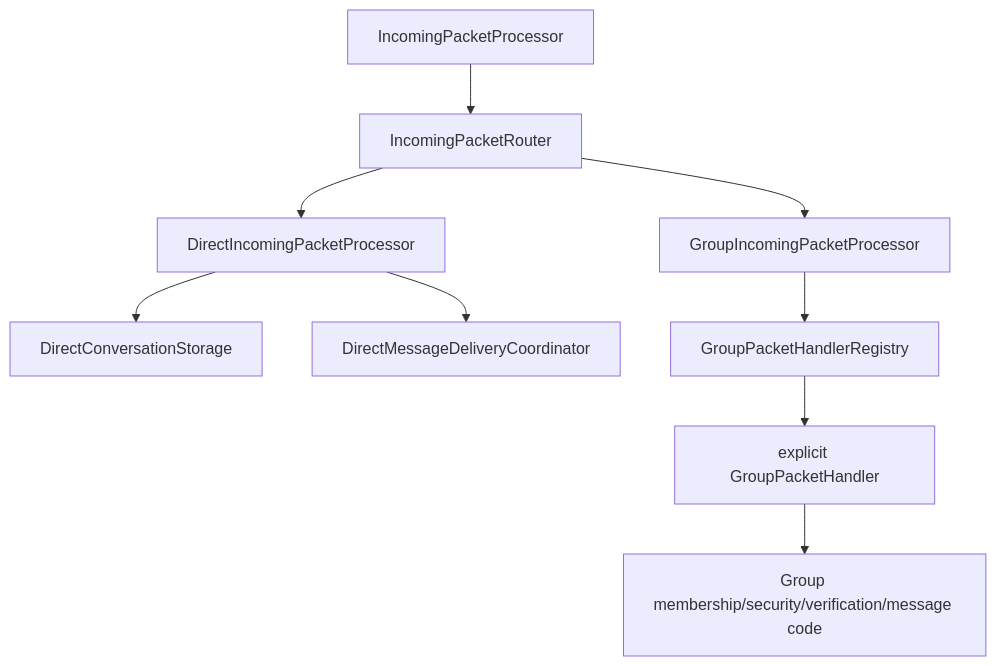
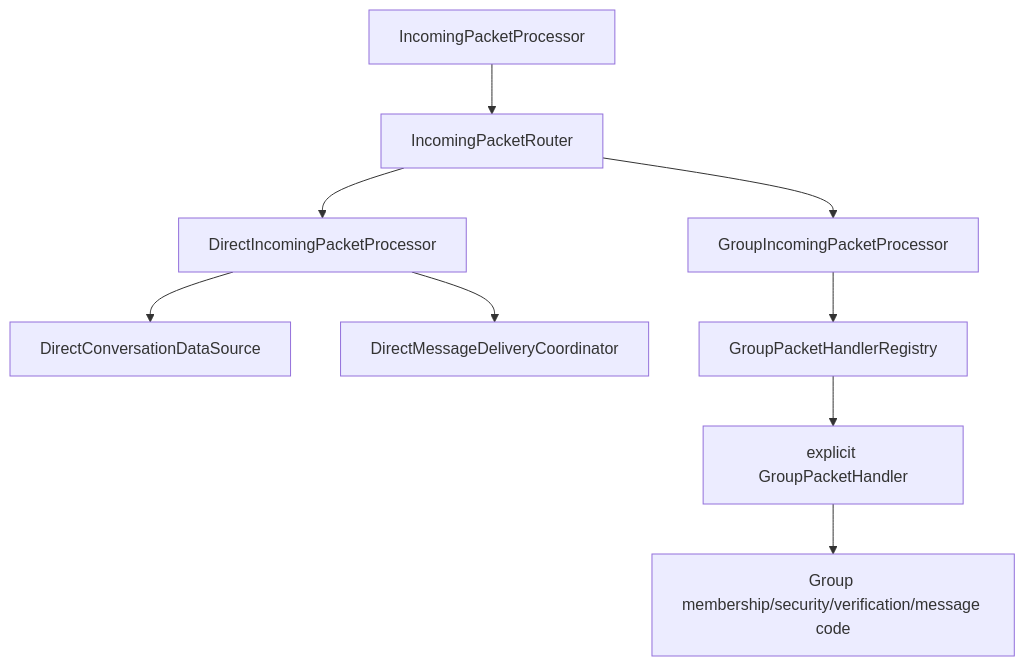
Before and after one commit to cbgm/Sparrow: the first of 2 diagrams in docs/architecture/chats.md, drawn with Mermaid. The commit also changed other lines of this file and 70 other files, not shown here.

````diff
--- a/docs/architecture/chats.md
+++ b/docs/architecture/chats.md
@@ -9,14 +9,14 @@
 ```mermaid
 flowchart TB
     IN[IncomingPacketProcessor] --> ROUTER[IncomingPacketRouter]
 
     ROUTER --> DIRECT[DirectIncomingPacketProcessor]
     ROUTER --> GROUP[GroupIncomingPacketProcessor]
 
-    DIRECT --> DSTORE[DirectConversationStorage]
+    DIRECT --> DSTORE[DirectConversationDataSource]
     DIRECT --> DDEL[DirectMessageDeliveryCoordinator]
 
     GROUP --> REG[GroupPacketHandlerRegistry]
     REG --> GH[explicit GroupPacketHandler]
     GH --> GMEM[Group membership/security/verification/message code]
 ```
````
